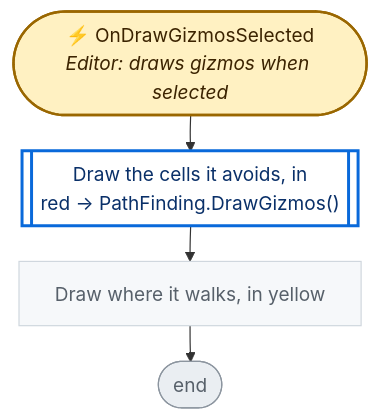
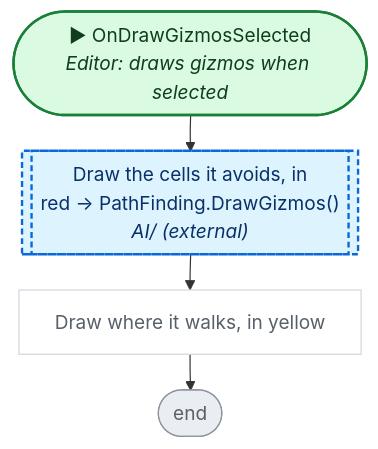
One commit to nataiai/Lord-of-the-Dungeon changed the third of 7 diagrams in CodeGraph~/graph/Enemy.cs.md. Above: the diagram before and after it, drawn with Mermaid. The commit also changed other lines of this file and 44 other files, not shown here.

````diff
--- a/CodeGraph~/graph/Enemy.cs.md
+++ b/CodeGraph~/graph/Enemy.cs.md
@@ -153,31 +162,35 @@
 ```mermaid
 ---
 config:
   flowchart:
     wrappingWidth: 260
     nodeSpacing: 26
     rankSpacing: 30
 ---
 flowchart TD
-  nS(["⚡ OnDrawGizmosSelected<br><i>Editor: draws gizmos when selected</i>"])
-  nd4aec9[["Draw the cells it avoids, in<br>red → PathFinding.DrawGizmos()"]]
+  nS(["▶ OnDrawGizmosSelected<br><i>Editor: draws gizmos when selected</i>"])
+  nd4aec9[["Draw the cells it avoids, in<br>red → PathFinding.DrawGizmos()<br><i>AI/ (external)</i>"]]
   ndfcd03["Draw where it walks, in yellow"]
   nE(["end"])
   nS --> nd4aec9
   nd4aec9 --> ndfcd03
   ndfcd03 --> nE
-  classDef unity fill:#fff1c2,stroke:#9a6700,stroke-width:2px,color:#3b2300
-  classDef start fill:#ddf4ff,stroke:#0969da,stroke-width:2px,color:#0a3069
-  classDef calc fill:#f6f8fa,stroke:#d0d7de,color:#57606a
-  classDef calls fill:#ffffff,stroke:#0969da,stroke-width:2.5px,color:#0a3069
-  classDef cond fill:#ffffff,stroke:#6e7781,stroke-width:1.5px,color:#1f2328
-  classDef loop fill:#fbefff,stroke:#8250df,color:#3e1f79
-  classDef exit fill:#eaeef2,stroke:#57606a,color:#24292f
-  classDef wait fill:#fff8f0,stroke:#bc4c00,color:#4d1d00
+  classDef unity fill:#dafbe1,stroke:#1a7f37,stroke-width:2px,color:#0f3d1d
+  classDef start fill:#dafbe1,stroke:#1a7f37,stroke-width:2px,color:#0f3d1d
+  classDef calc fill:#ffffff,stroke:#d0d7de,color:#57606a
+  classDef calls fill:#ddf4ff,stroke:#0969da,stroke-width:2px,color:#0a3069
+  classDef ext fill:#ddf4ff,stroke:#0969da,stroke-width:2px,stroke-dasharray:5 3,color:#0a3069
+  classDef cond fill:#fff8c5,stroke:#bf8700,stroke-width:1.5px,color:#3d2a00
+  classDef loop fill:#f6f8fa,stroke:#57606a,color:#1f2328
+  classDef exit fill:#ffebe9,stroke:#cf222e,color:#82071e
+  classDef kill fill:#ffebe9,stroke:#cf222e,stroke-width:2px,color:#82071e
+  classDef spawn fill:#dafbe1,stroke:#1a7f37,stroke-width:2px,color:#0f3d1d
+  classDef wait fill:#fff1e5,stroke:#bc4c00,color:#4d1d00
   classDef fin fill:#eaeef2,stroke:#8c959f,color:#57606a
   classDef join fill:#d0d7de,stroke:#8c959f,color:#57606a
+  classDef ghdr fill:#f5f9ff,stroke:#f5f9ff,color:#0a3069,font-weight:bold
   class ndfcd03 calc
-  class nd4aec9 calls
+  class nd4aec9 ext
   class nE fin
   class nS unity
 ```
````
